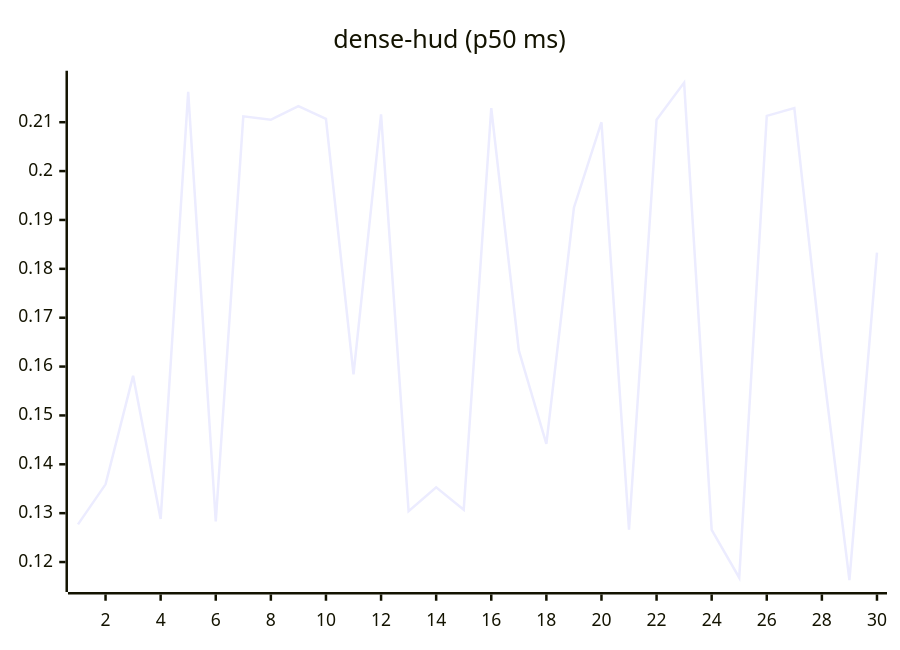
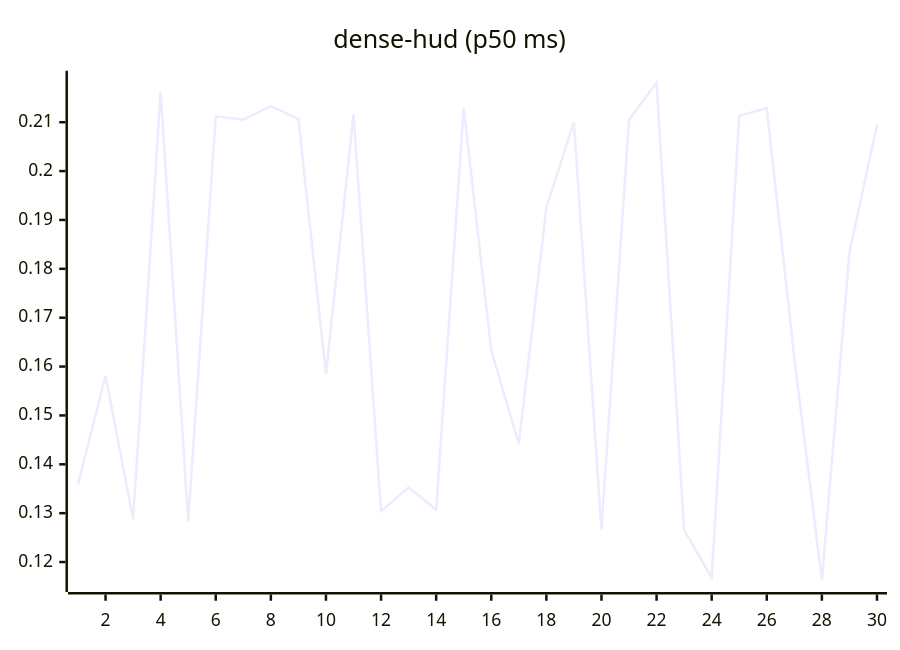
One commit to josha/Facet changed the eighth of 27 diagrams in README.md. Above: the diagram before and after it, drawn with Mermaid. The commit also changed other lines of this file and 2 other files, not shown here.

````diff
--- a/README.md
+++ b/README.md
@@ -112,6 +112,6 @@
 ```mermaid
 xychart-beta
     title "dense-hud (p50 ms)"
     x-axis 1 --> 30
-    line [0.1277, 0.1359, 0.1581, 0.1288, 0.2162, 0.1283, 0.2112, 0.2105, 0.2133, 0.2107, 0.1584, 0.2116, 0.1304, 0.1353, 0.1307, 0.2129, 0.1633, 0.1442, 0.1925, 0.2100, 0.1266, 0.2105, 0.2181, 0.1266, 0.1168, 0.2113, 0.2129, 0.1617, 0.1163, 0.1833]
+    line [0.1359, 0.1581, 0.1288, 0.2162, 0.1283, 0.2112, 0.2105, 0.2133, 0.2107, 0.1584, 0.2116, 0.1304, 0.1353, 0.1307, 0.2129, 0.1633, 0.1442, 0.1925, 0.2100, 0.1266, 0.2105, 0.2181, 0.1266, 0.1168, 0.2113, 0.2129, 0.1617, 0.1163, 0.1833, 0.2095]
 ```
````
